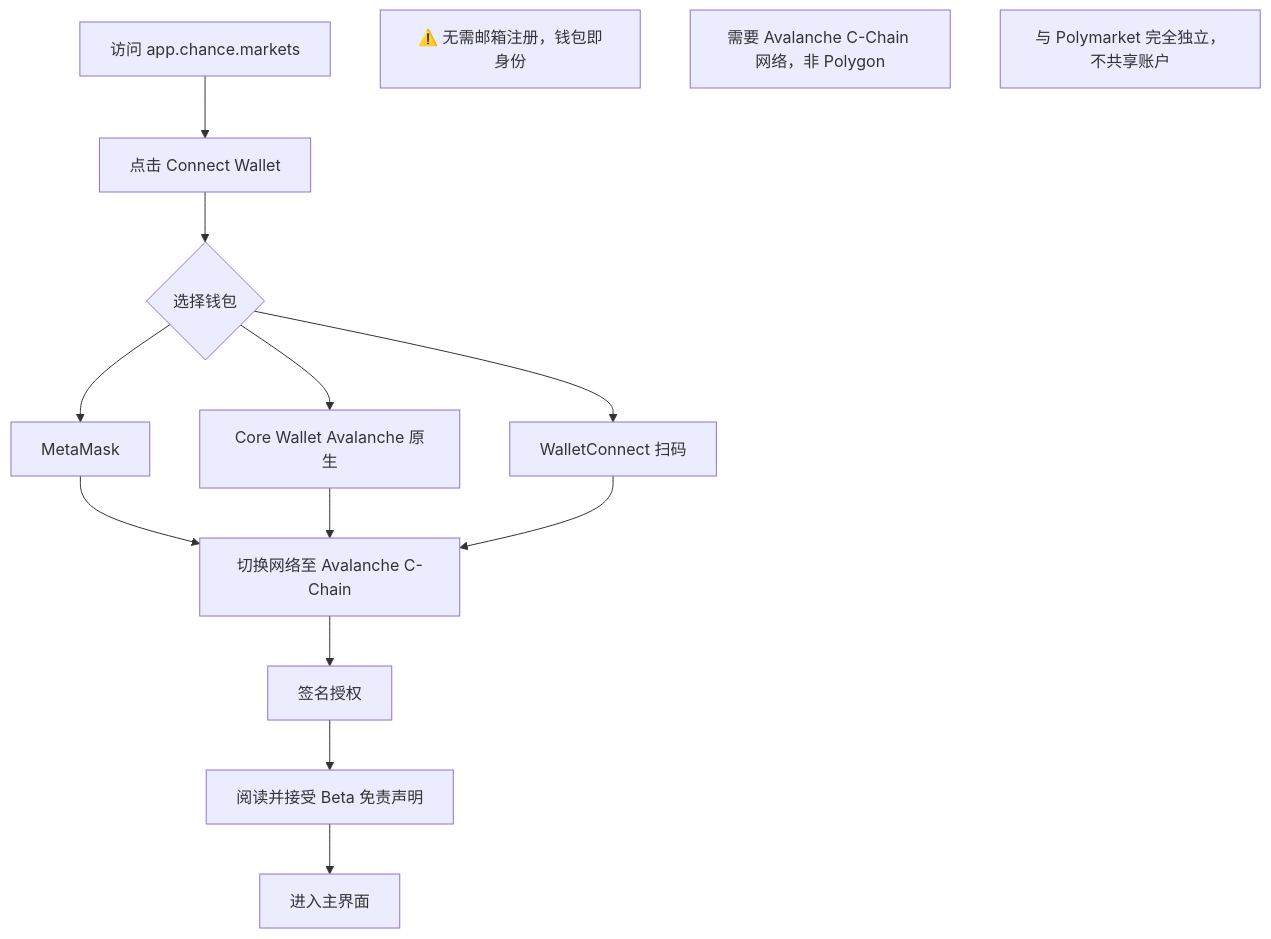
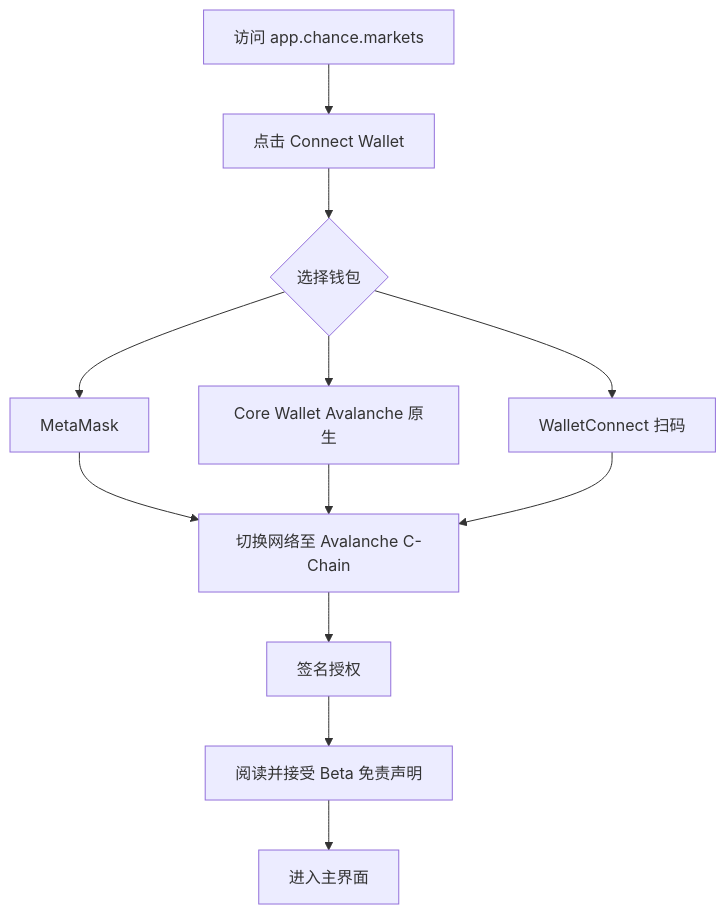
One commit to survivorff/polymarket_research changed the first of 14 diagrams in research/08_chance/analysis.md. Above: the diagram before and after it, drawn with Mermaid. The commit also changed other lines of this file and 11 other files, not shown here.

First line of the commit message:
修复所有 Mermaid 语法错误，确保流程图可正常渲染

````diff
--- a/research/08_chance/analysis.md
+++ b/research/08_chance/analysis.md
@@ -30,17 +30,17 @@
 ```mermaid
 flowchart TD
     A[访问 app.chance.markets] --> B[点击 Connect Wallet]
     B --> C{选择钱包}
     C --> C1[MetaMask]
     C --> C2[Core Wallet Avalanche 原生]
     C --> C3[WalletConnect 扫码]
     C1 --> D[切换网络至 Avalanche C-Chain]
     C2 --> D
     C3 --> D
     D --> E[签名授权]
     E --> F[阅读并接受 Beta 免责声明]
     F --> G[进入主界面]
-    note1[⚠️ 无需邮箱注册，钱包即身份]
-    note2[需要 Avalanche C-Chain 网络，非 Polygon]
-    note3[与 Polymarket 完全独立，不共享账户]
+    %% 注: ⚠️ 无需邮箱注册，钱包即身份
+    %% 注: 需要 Avalanche C-Chain 网络，非 Polygon
+    %% 注: 与 Polymarket 完全独立，不共享账户
 ```
````
